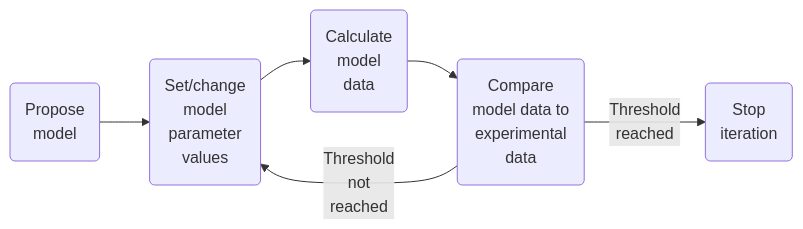
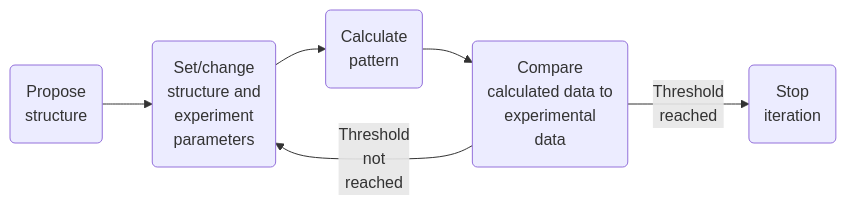
Before and after one commit to easyscience/diffraction-lib: the diagram in docs/docs/user-guide/analysis-workflow/analysis.md, drawn with Mermaid. The commit also changed other lines of this file and 14 other files, not shown here.

````diff
--- a/docs/docs/user-guide/analysis-workflow/analysis.md
+++ b/docs/docs/user-guide/analysis-workflow/analysis.md
@@ -89,13 +89,13 @@
 ```mermaid
 flowchart LR
-    a(Propose<br/>model)
-    b(Set/change<br/>model<br/>parameter<br/>values)
-    c(Calculate<br/>model<br/>data)
-    d(Compare<br/>model data to<br/>experimental<br/>data)
+    a(Propose<br/>structure)
+    b(Set/change<br/>structure and<br/>experiment<br/>parameters)
+    c(Calculate<br/>pattern)
+    d(Compare<br/>calculated data to<br/>experimental<br/>data)
     e(Stop<br/>iteration)
     a --> b
     b --> c
     c --> d
     d-- Threshold<br/>not<br/>reached -->b
     d-- Threshold<br/>reached -->e
 ```
````
